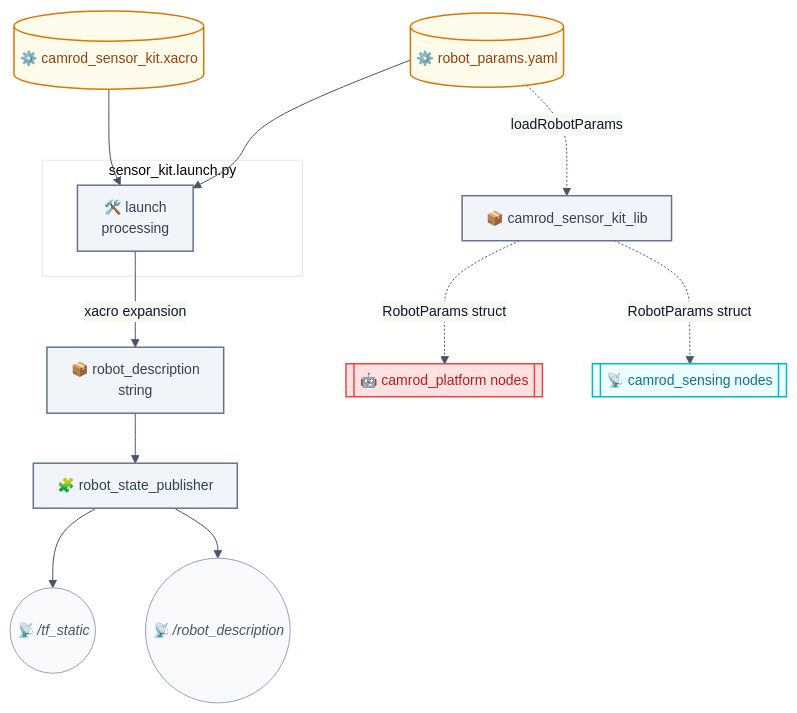
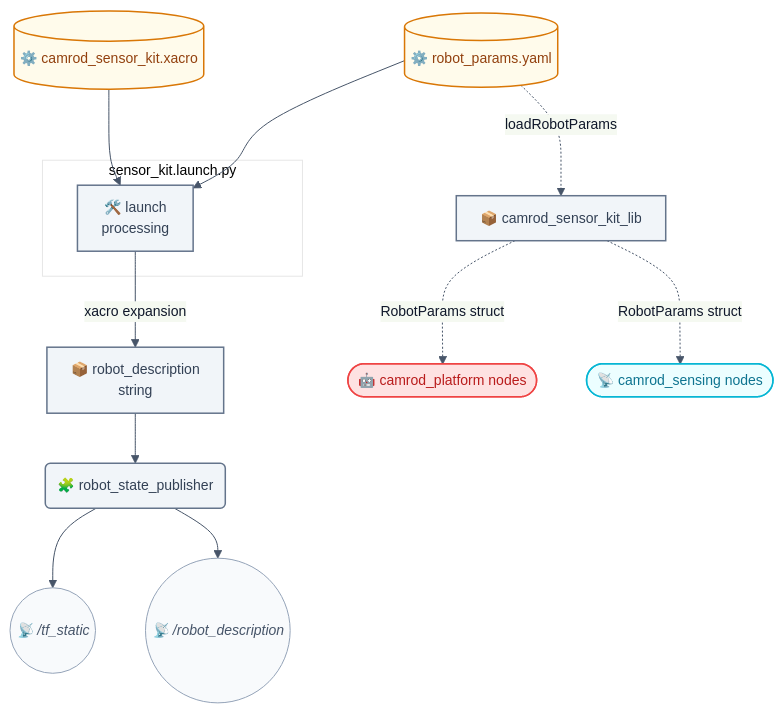
One commit to hwanhonglee/CAMROD changed the third of 4 diagrams in camrod_sensor_kit/README.md. Above: the diagram before and after it, drawn with Mermaid. The commit also changed other lines of this file and 12 other files, not shown here.

First line of the commit message:
docs(v4): unified Mermaid shape convention + runtime data flow diagram

````diff
--- a/camrod_sensor_kit/README.md
+++ b/camrod_sensor_kit/README.md
@@ -110,25 +110,25 @@
 ```mermaid
 %%{init: {'theme': 'base', 'themeVariables': {'fontFamily': 'ui-sans-serif, system-ui, sans-serif', 'fontSize': '14px', 'primaryColor': '#F1F5F9', 'primaryTextColor': '#0F172A', 'primaryBorderColor': '#64748B', 'lineColor': '#475569'}, 'flowchart': {'curve': 'basis', 'htmlLabels': true, 'padding': 12}}}%%
 graph TD
   YAML[(⚙️ robot_params.yaml)]:::config  --> LAUNCH
   XACRO[(⚙️ camrod_sensor_kit.xacro)]:::config --> LAUNCH
 
   subgraph LAUNCH_BOX["sensor_kit.launch.py"]
     LAUNCH[🛠️ launch\nprocessing]:::system
   end
 
   LAUNCH -->|xacro expansion| DESC[📦 robot_description\nstring]:::system
-  DESC --> RSP[🧩 robot_state_publisher]:::system
+  DESC --> RSP(🧩 robot_state_publisher):::system
   RSP --> TFSTATIC((📡 /tf_static)):::topic
   RSP --> URDESC((📡 /robot_description)):::topic
 
   YAML -. loadRobotParams .-> LIB[📦 camrod_sensor_kit_lib]:::system
-  LIB -. RobotParams struct .-> PLAT[[🤖 camrod_platform nodes]]:::platform
-  LIB -. RobotParams struct .-> SENS[[📡 camrod_sensing nodes]]:::sensing
+  LIB -. RobotParams struct .-> PLAT([🤖 camrod_platform nodes]):::platform
+  LIB -. RobotParams struct .-> SENS([📡 camrod_sensing nodes]):::sensing
 
   classDef sensing      fill:#ECFEFF,stroke:#06B6D4,stroke-width:1.5px,color:#0E7490;
   classDef platform     fill:#FEE2E2,stroke:#EF4444,stroke-width:1.5px,color:#B91C1C;
   classDef system       fill:#F1F5F9,stroke:#64748B,stroke-width:1.5px,color:#334155;
   classDef config       fill:#FFFBEB,stroke:#D97706,stroke-width:1.5px,color:#92400E;
   classDef topic        fill:#F8FAFC,stroke:#94A3B8,stroke-width:1px,color:#475569,font-style:italic;
 ```
````
